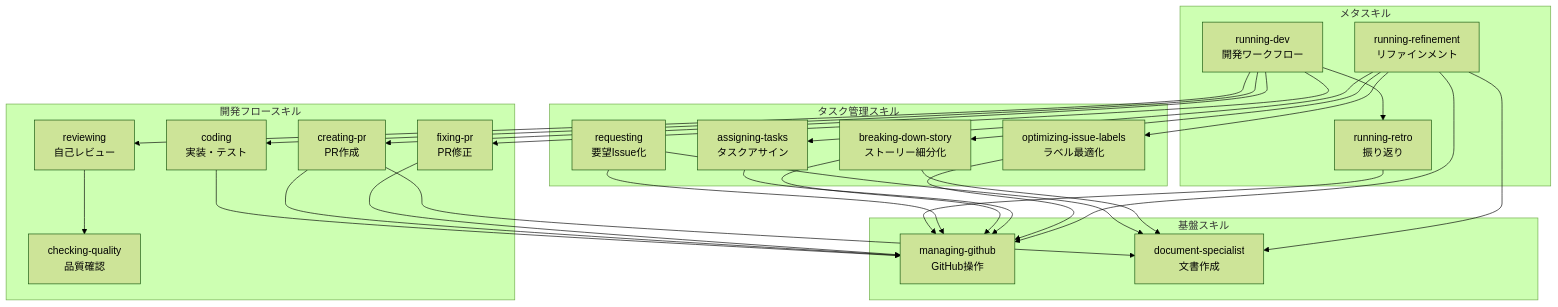
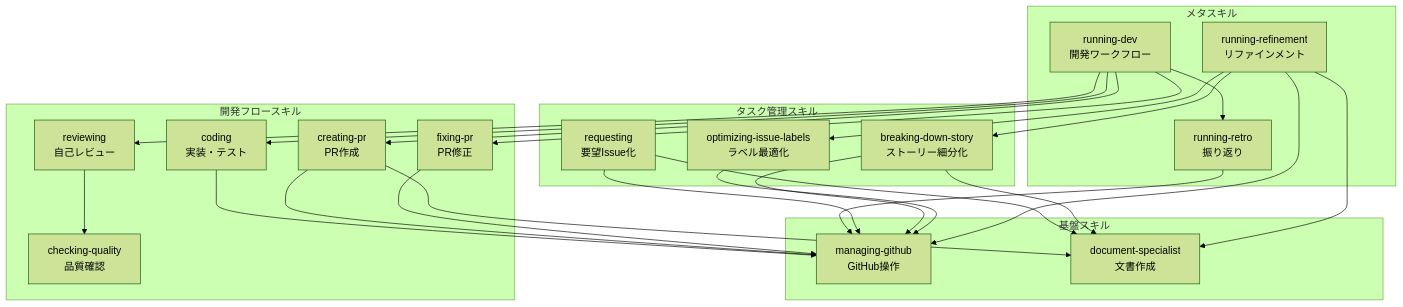
One commit to canpok1/maze-runner changed the first of 3 diagrams in docs/skill-workflow.md. Above: the diagram before and after it, drawn with Mermaid (forest theme). The commit also changed other lines of this file, not shown here.

````diff
--- a/docs/skill-workflow.md
+++ b/docs/skill-workflow.md
@@ -50,54 +49,51 @@
 ```mermaid
 graph TD
     subgraph "基盤スキル"
         MG[managing-github<br/>GitHub操作]
         DS[document-specialist<br/>文書作成]
     end
 
     subgraph "開発フロースキル"
         CD[coding<br/>実装・テスト]
         CQ[checking-quality<br/>品質確認]
         RV[reviewing<br/>自己レビュー]
         CP[creating-pr<br/>PR作成]
         FP[fixing-pr<br/>PR修正]
     end
 
     subgraph "タスク管理スキル"
         RQ[requesting<br/>要望Issue化]
         BD[breaking-down-story<br/>ストーリー細分化]
-        AT[assigning-tasks<br/>タスクアサイン]
         OL[optimizing-issue-labels<br/>ラベル最適化]
     end
 
     subgraph "メタスキル"
         RD[running-dev<br/>開発ワークフロー]
         RF[running-refinement<br/>リファインメント]
         RT[running-retro<br/>振り返り]
     end
 
     CD --> MG
     RV --> CQ
     CP --> MG
     CP --> DS
     FP --> MG
     RT --> MG
 
     RQ --> MG
     RQ --> DS
     BD --> MG
     BD --> DS
-    AT --> MG
     OL --> MG
 
     RD --> CD
     RD --> RV
     RD --> CP
     RD --> FP
     RD --> RT
 
     RF --> OL
     RF --> BD
-    RF --> AT
     RF --> MG
     RF --> DS
 ```
````
